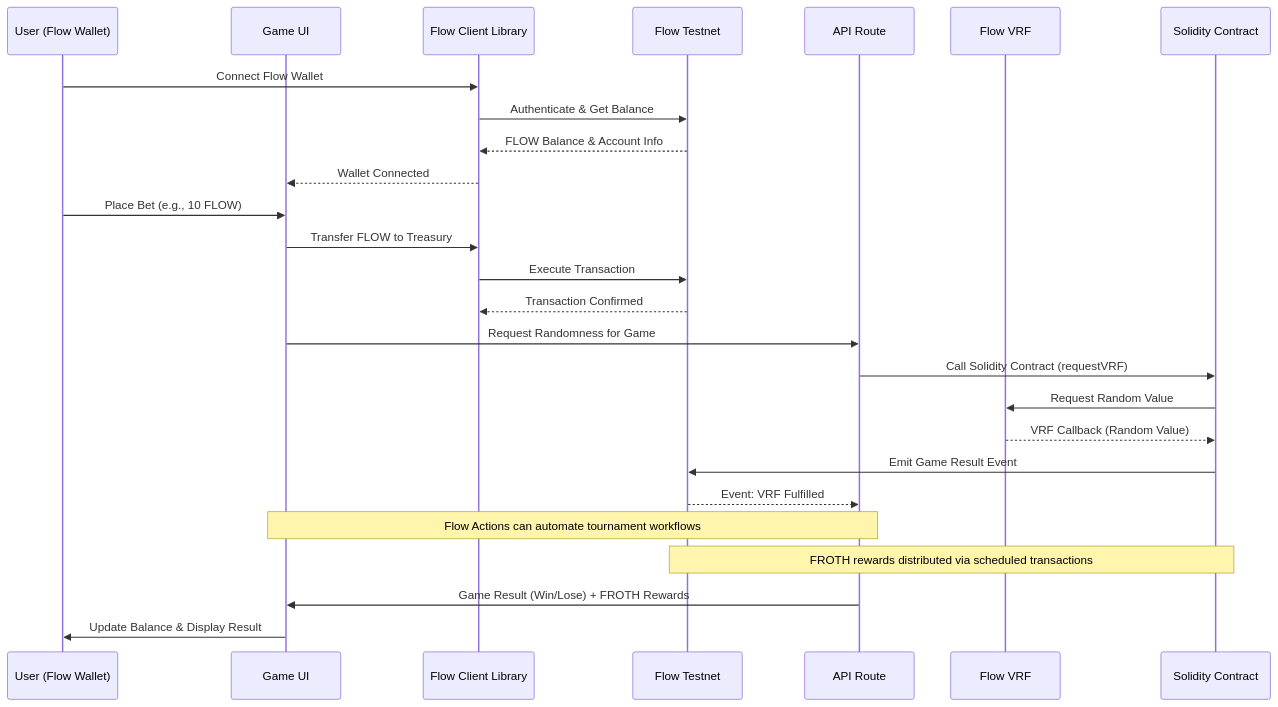
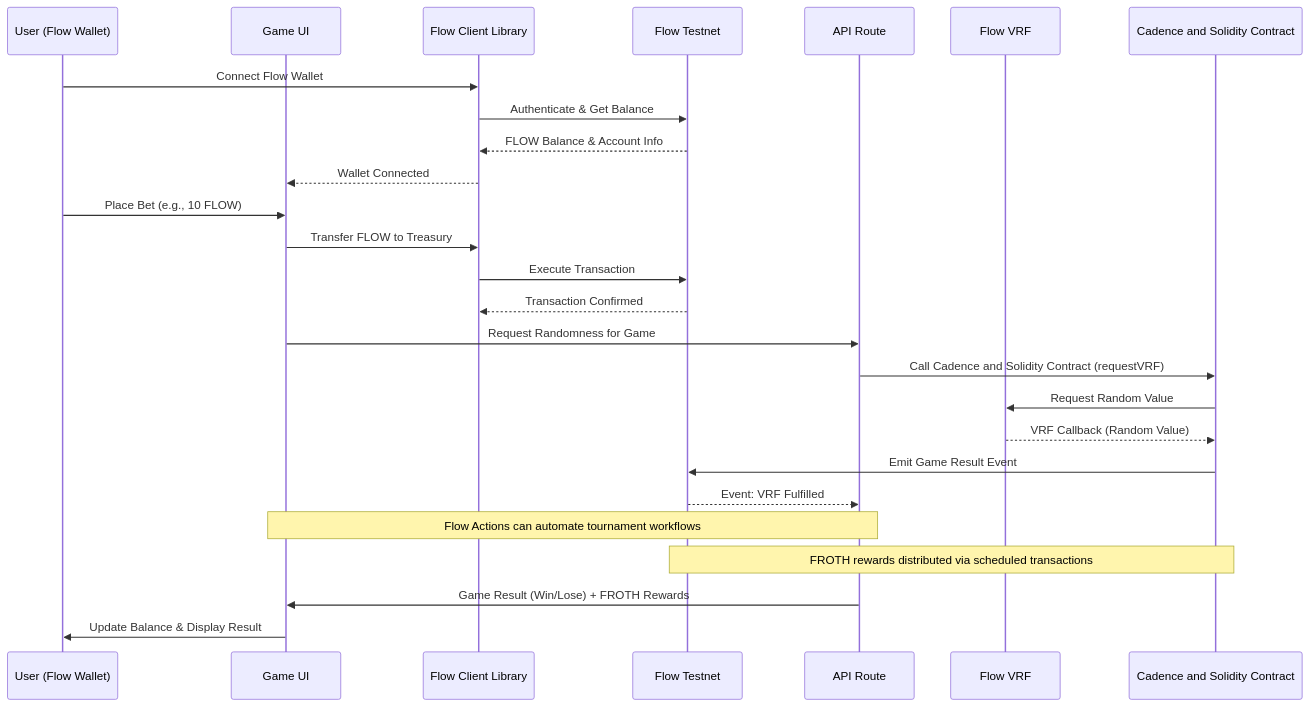
One commit to AmaanSayyad/APT-Casino-Flow changed the first of 6 diagrams in README.md. Above: the diagram before and after it, drawn with Mermaid. The commit also changed other lines of this file and 1 other file, not shown here.

````diff
--- a/README.md
+++ b/README.md
@@ -195,33 +197,33 @@
 ```mermaid
 sequenceDiagram
     participant U as User (Flow Wallet)
     participant UI as Game UI
     participant FCL as Flow Client Library
     participant FT as Flow Testnet
     participant API as API Route
     participant FVRF as Flow VRF
-    participant SC as Solidity Contract
+    participant SC as Cadence and Solidity Contract
     
     U->>FCL: Connect Flow Wallet
     FCL->>FT: Authenticate & Get Balance
     FT-->>FCL: FLOW Balance & Account Info
     FCL-->>UI: Wallet Connected
     
     U->>UI: Place Bet (e.g., 10 FLOW)
     UI->>FCL: Transfer FLOW to Treasury
     FCL->>FT: Execute Transaction
     FT-->>FCL: Transaction Confirmed
     
     UI->>API: Request Randomness for Game
-    API->>SC: Call Solidity Contract (requestVRF)
+    API->>SC: Call Cadence and Solidity Contract (requestVRF)
     SC->>FVRF: Request Random Value
     FVRF-->>SC: VRF Callback (Random Value)
     SC->>FT: Emit Game Result Event
     FT-->>API: Event: VRF Fulfilled
 
     Note over UI,API: Flow Actions can automate tournament workflows
     Note over SC,FT: FROTH rewards distributed via scheduled transactions
 
     API->>UI: Game Result (Win/Lose) + FROTH Rewards
     UI->>U: Update Balance & Display Result
 ```
````
